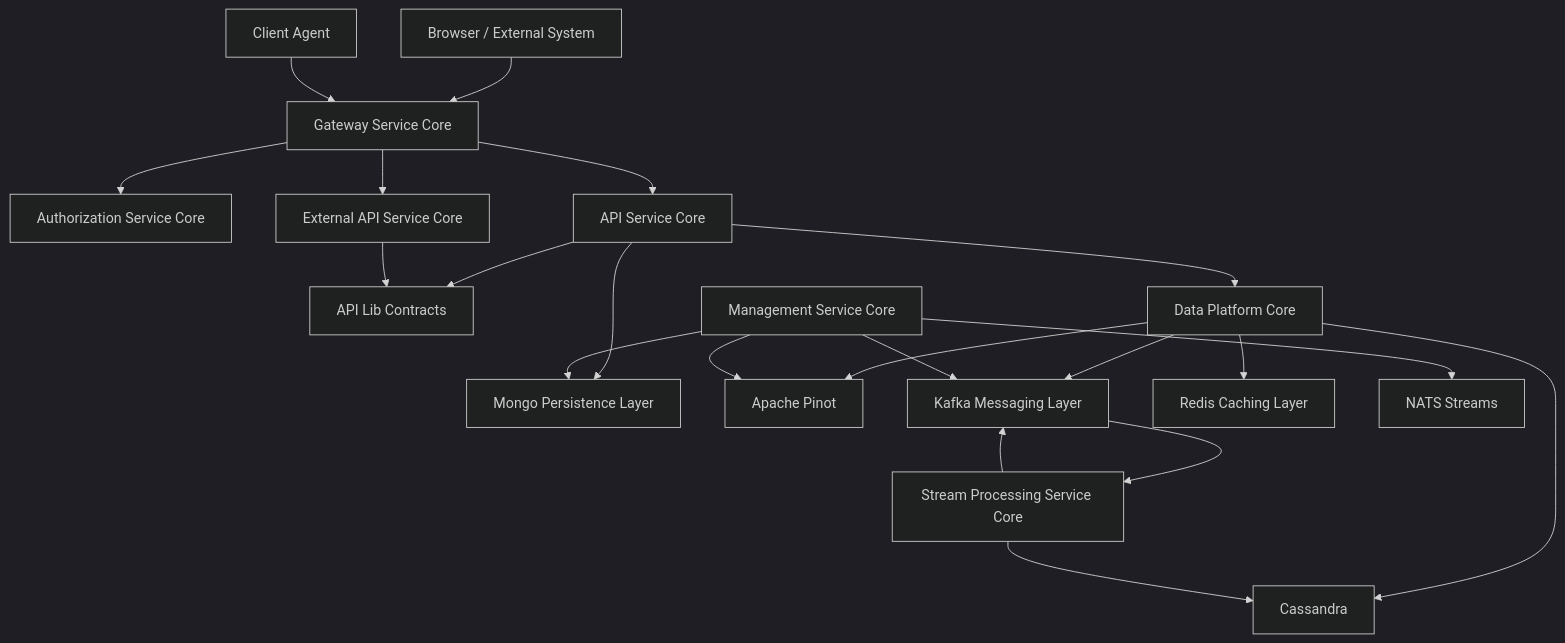
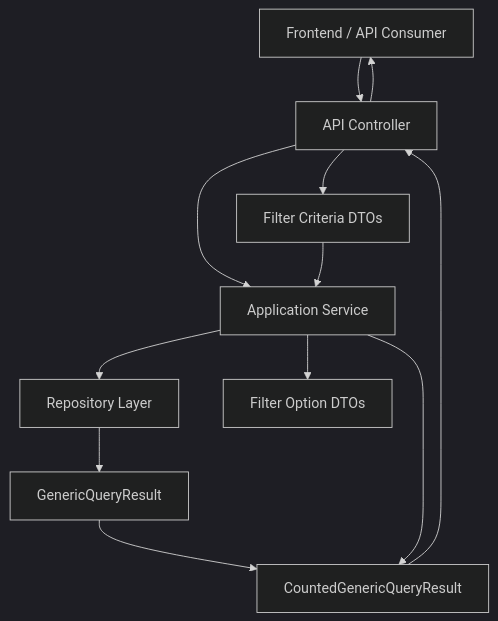
Before and after one commit to flamingo-stack/openframe-oss-lib: the first of 7 diagrams in docs/reference/architecture/README.md, drawn with Mermaid (dark theme). The commit also changed other lines of this file and 24 other files, not shown here.

Commit message:
docs: Stage 2 - Architecture analysis (5 files) [skip ci]

````diff
--- a/docs/reference/architecture/README.md
+++ b/docs/reference/architecture/README.md
@@ -26,29 +55,17 @@
 ```mermaid
 flowchart TD
-    Client["Browser / External System"] --> Gateway["Gateway Service Core"]
-    Agent["Client Agent"] --> Gateway
+    Client["Frontend / API Consumer"] --> Controller["API Controller"]
+    Controller --> Service["Application Service"]
+    Service --> Repository["Repository Layer"]
 
-    Gateway --> Auth["Authorization Service Core"]
-    Gateway --> Api["API Service Core"]
-    Gateway --> External["External API Service Core"]
+    Repository --> QueryResult["GenericQueryResult<T>"]
+    QueryResult --> CountedResult["CountedGenericQueryResult<T>"]
 
-    Api --> Contracts["API Lib Contracts"]
-    External --> Contracts
+    Controller --> FilterCriteria["Filter Criteria DTOs"]
+    Service --> FilterOptions["Filter Option DTOs"]
 
-    Api --> Mongo["Mongo Persistence Layer"]
-    Api --> DataCore["Data Platform Core"]
-
-    DataCore --> Cassandra["Cassandra"]
-    DataCore --> Pinot["Apache Pinot"]
-    DataCore --> Kafka["Kafka Messaging Layer"]
-    DataCore --> Redis["Redis Caching Layer"]
-
-    Kafka --> Stream["Stream Processing Service Core"]
-    Stream --> Cassandra
-    Stream --> Kafka
-
-    Management["Management Service Core"] --> Kafka
-    Management --> Pinot
-    Management --> Mongo
-    Management --> NATS["NATS Streams"]
+    FilterCriteria --> Service
+    Service --> CountedResult
+    CountedResult --> Controller
+    Controller --> Client
 ```
````
